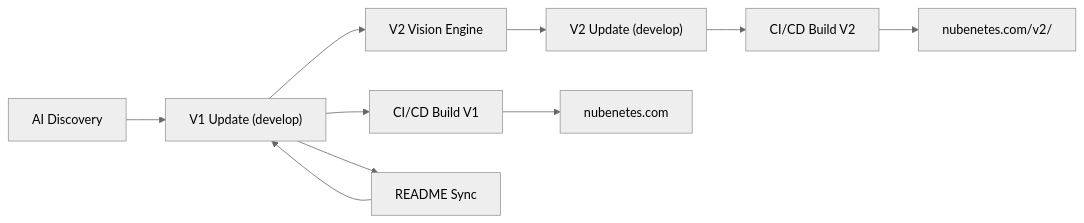
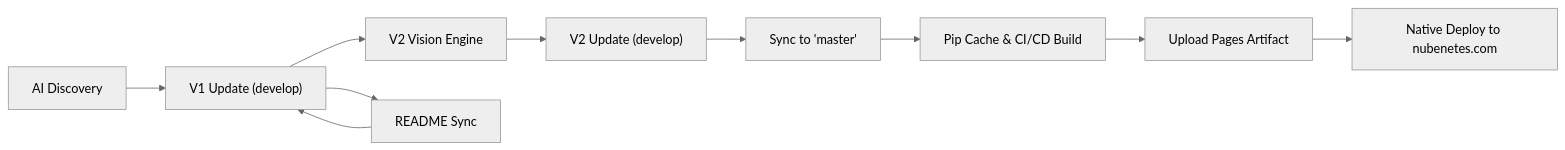
The tenth of 10 diagrams in README.md (sec-js/awesome-kubernetes), drawn with Mermaid (neutral theme) before and after one commit. The commit also changed other lines of this file and 25 other files, not shown here.

````diff
--- a/README.md
+++ b/README.md
@@ -744,12 +792,12 @@
 ```mermaid
 graph LR
     A["AI Discovery"] --> B["V1 Update (develop)"]
-    B --> C["CI/CD Build V1"]
     B --> D["V2 Vision Engine"]
     B --> Z["README Sync"]
     D --> E["V2 Update (develop)"]
-    E --> F["CI/CD Build V2"]
-    C --> G["nubenetes.com"]
-    F --> H["nubenetes.com/v2/"]
+    E --> M["Sync to 'master'"]
+    M --> C["Pip Cache & CI/CD Build"]
+    C --> F["Upload Pages Artifact"]
+    F --> G["Native Deploy to nubenetes.com"]
     Z --> B
 ```
````
